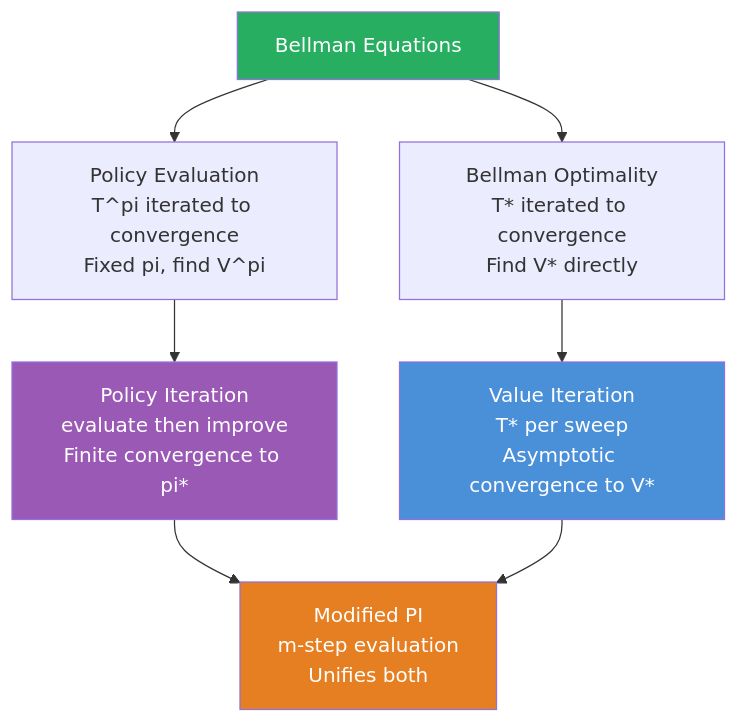
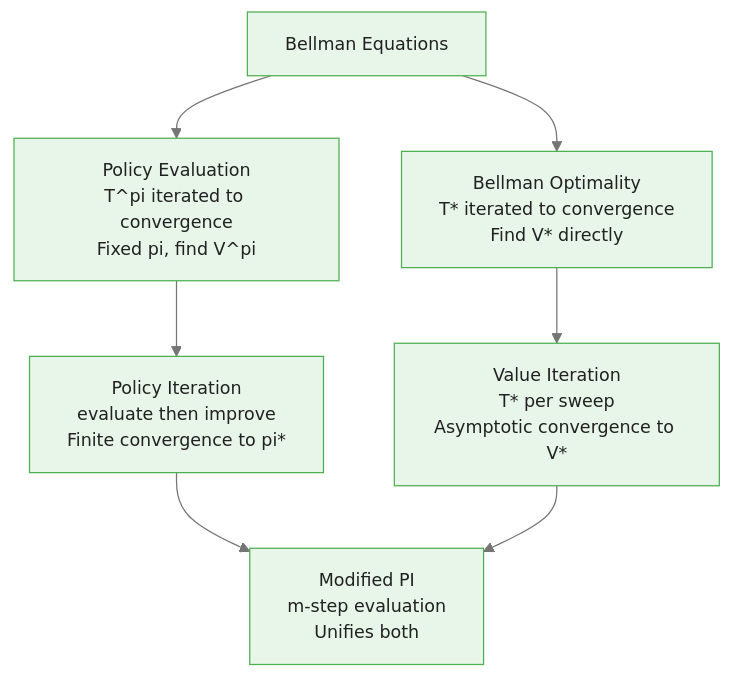
The fifth of 6 diagrams in courses/reinforcement-learning/modules/module_01_dynamic_programming/guides/03_value_iteration_slides.md (m-deane/course-creator), drawn with Mermaid before and after one commit. The commit also changed other lines of this file and 131 other files, not shown here.

````diff
--- a/courses/reinforcement-learning/modules/module_01_dynamic_programming/guides/03_value_iteration_slides.md
+++ b/courses/reinforcement-learning/modules/module_01_dynamic_programming/guides/03_value_iteration_slides.md
@@ -287,13 +301,10 @@
 ```mermaid
+%%{init: {"theme": "base", "themeVariables": {"primaryColor": "#e8f5e9", "primaryBorderColor": "#4caf50", "primaryTextColor": "#212121", "secondaryColor": "#e3f2fd", "tertiaryColor": "#fff8e1", "lineColor": "#757575", "fontFamily": "Inter, sans-serif", "fontSize": "14px"}}}%%
 flowchart TD
     BE["Bellman Equations"] --> PE["Policy Evaluation\nT^pi iterated to convergence\nFixed pi, find V^pi"]
     BE --> BO["Bellman Optimality\nT* iterated to convergence\nFind V* directly"]
     PE --> PIt["Policy Iteration\nevaluate then improve\nFinite convergence to pi*"]
     BO --> VI["Value Iteration\nT* per sweep\nAsymptotic convergence to V*"]
     PIt --> MPI["Modified PI\nm-step evaluation\nUnifies both"]
     VI --> MPI
-    style BE fill:#27ae60,color:#fff
-    style PIt fill:#9b59b6,color:#fff
-    style VI fill:#4a90d9,color:#fff
-    style MPI fill:#e67e22,color:#fff
 ```
````
